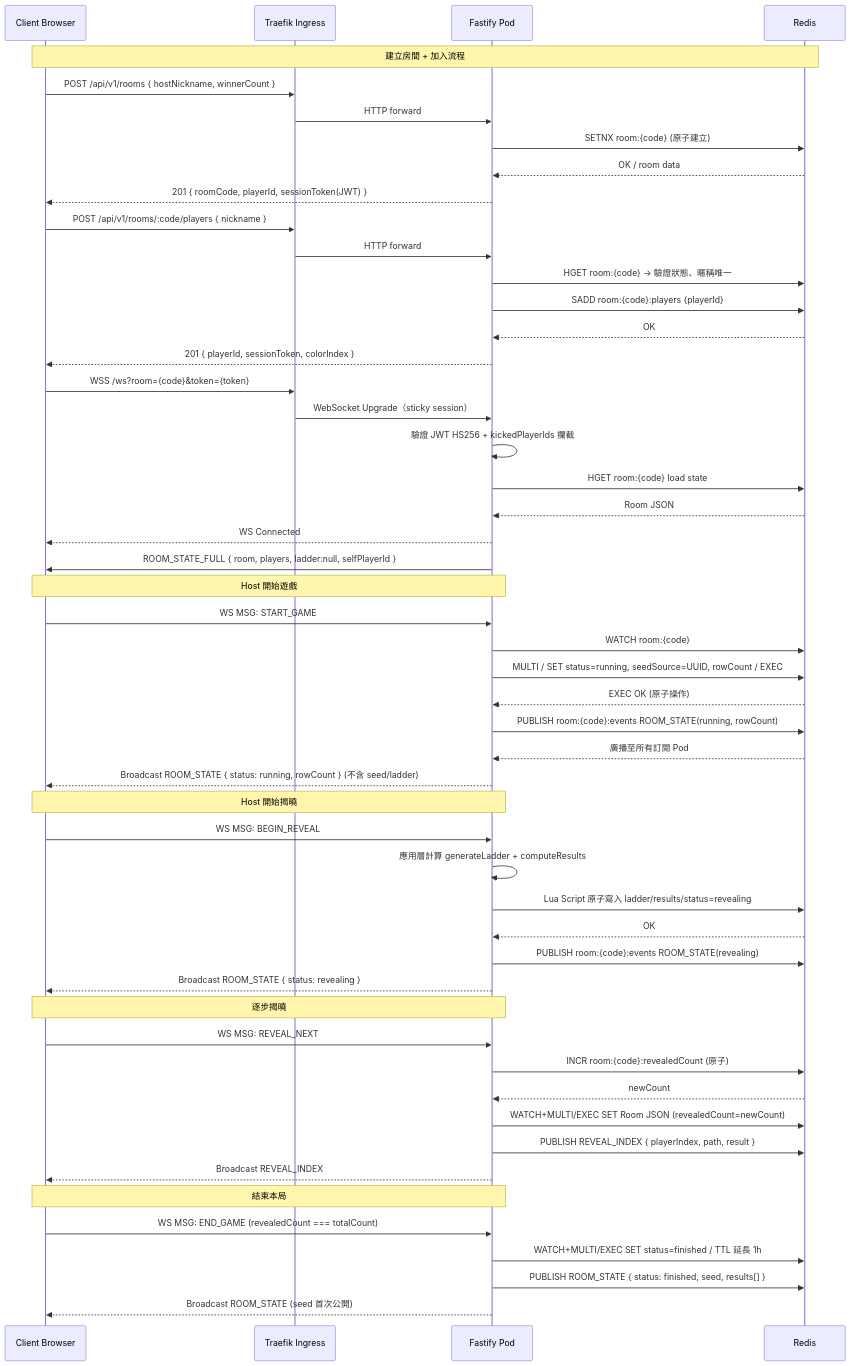
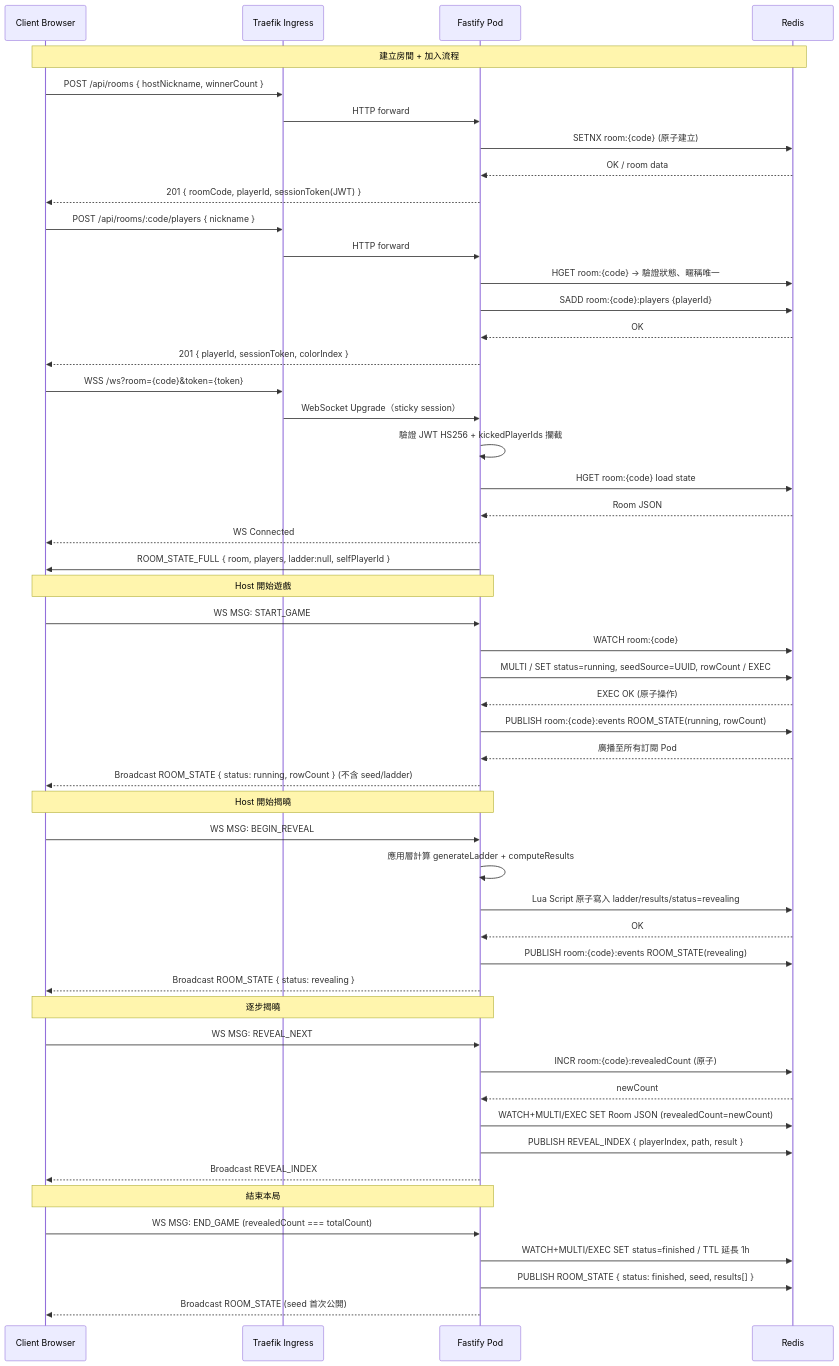
One commit to ibalasite/climb_stairs changed the second of 5 diagrams in docs/EDD.md. Above: the diagram before and after it, drawn with Mermaid. The commit also changed other lines of this file, not shown here.

````diff
--- a/docs/EDD.md
+++ b/docs/EDD.md
@@ -118,65 +118,65 @@
 ```mermaid
 sequenceDiagram
     participant C as Client Browser
     participant N as Traefik Ingress
     participant F as Fastify Pod
     participant R as Redis
 
     Note over C,R: 建立房間 + 加入流程
 
-    C->>N: POST /api/v1/rooms { hostNickname, winnerCount }
+    C->>N: POST /api/rooms { hostNickname, winnerCount }
     N->>F: HTTP forward
     F->>R: SETNX room:{code} (原子建立)
     R-->>F: OK / room data
     F-->>C: 201 { roomCode, playerId, sessionToken(JWT) }
 
-    C->>N: POST /api/v1/rooms/:code/players { nickname }
+    C->>N: POST /api/rooms/:code/players { nickname }
     N->>F: HTTP forward
     F->>R: HGET room:{code} → 驗證狀態、暱稱唯一
     F->>R: SADD room:{code}:players {playerId}
     R-->>F: OK
     F-->>C: 201 { playerId, sessionToken, colorIndex }
 
     C->>N: WSS /ws?room={code}&token={token}
     N->>F: WebSocket Upgrade（sticky session）
     F->>F: 驗證 JWT HS256 + kickedPlayerIds 攔截
     F->>R: HGET room:{code} load state
     R-->>F: Room JSON
     F-->>C: WS Connected
     F->>C: ROOM_STATE_FULL { room, players, ladder:null, selfPlayerId }
 
     Note over C,F: Host 開始遊戲
 
     C->>F: WS MSG: START_GAME
     F->>R: WATCH room:{code}
     F->>R: MULTI / SET status=running, seedSource=UUID, rowCount / EXEC
     R-->>F: EXEC OK (原子操作)
     F->>R: PUBLISH room:{code}:events ROOM_STATE(running, rowCount)
     R-->>F: 廣播至所有訂閱 Pod
     F-->>C: Broadcast ROOM_STATE { status: running, rowCount } (不含 seed/ladder)
 
     Note over C,F: Host 開始揭曉
 
     C->>F: WS MSG: BEGIN_REVEAL
     F->>F: 應用層計算 generateLadder + computeResults
     F->>R: Lua Script 原子寫入 ladder/results/status=revealing
     R-->>F: OK
     F->>R: PUBLISH room:{code}:events ROOM_STATE(revealing)
     F-->>C: Broadcast ROOM_STATE { status: revealing }
 
     Note over C,F: 逐步揭曉
 
     C->>F: WS MSG: REVEAL_NEXT
     F->>R: INCR room:{code}:revealedCount (原子)
     R-->>F: newCount
     F->>R: WATCH+MULTI/EXEC SET Room JSON (revealedCount=newCount)
     F->>R: PUBLISH REVEAL_INDEX { playerIndex, path, result }
     F-->>C: Broadcast REVEAL_INDEX
 
     Note over C,F: 結束本局
 
     C->>F: WS MSG: END_GAME (revealedCount === totalCount)
     F->>R: WATCH+MULTI/EXEC SET status=finished / TTL 延長 1h
     F->>R: PUBLISH ROOM_STATE { status: finished, seed, results[] }
     F-->>C: Broadcast ROOM_STATE (seed 首次公開)
 ```
````
